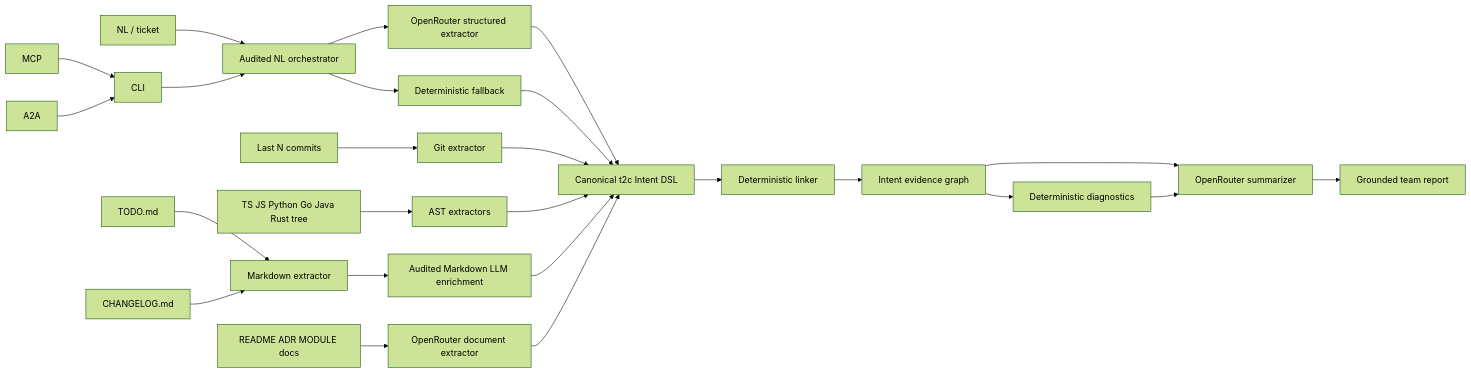
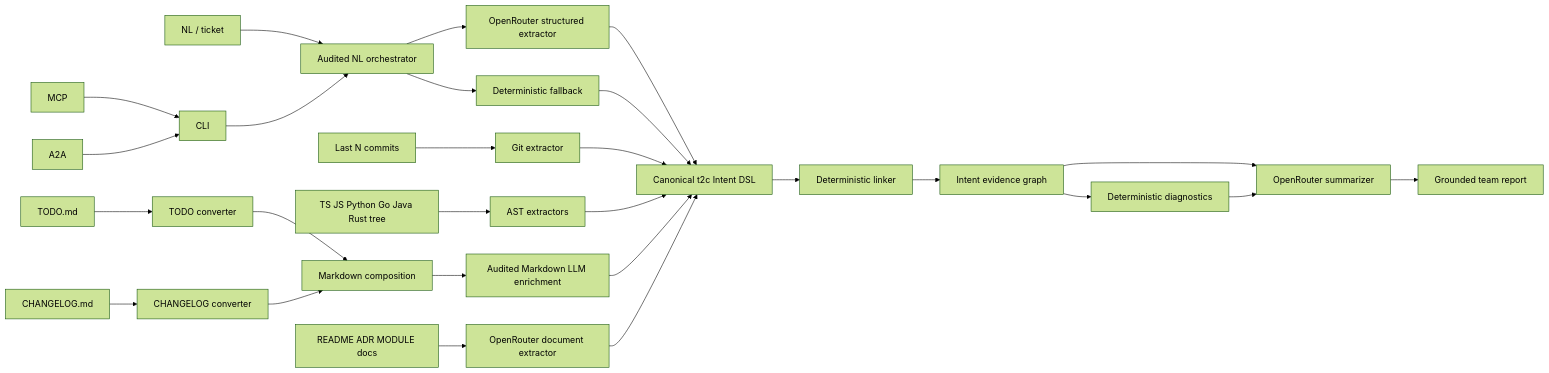
The diagram in docs/ARCHITECTURE.md (autogrammar/todo2code), drawn with Mermaid (forest theme) before and after one commit. The commit also changed other lines of this file and 55 other files, not shown here.

````diff
--- a/docs/ARCHITECTURE.md
+++ b/docs/ARCHITECTURE.md
@@ -5,30 +5,32 @@
 ```mermaid
 flowchart LR
     NL[NL / ticket] --> NLO[Audited NL orchestrator]
     NLO --> NLLM[OpenRouter structured extractor]
     NLO --> NLE[Deterministic fallback]
     GIT[Last N commits] --> GE[Git extractor]
     CODE[TS JS Python Go Java Rust tree] --> AE[AST extractors]
-    TODO[TODO.md] --> ME[Markdown extractor]
-    CHG[CHANGELOG.md] --> ME
+    TODO[TODO.md] --> TE[TODO converter]
+    CHG[CHANGELOG.md] --> CE[CHANGELOG converter]
+    TE --> ME[Markdown composition]
+    CE --> ME
     ME --> MLO[Audited Markdown LLM enrichment]
     DOCS[README ADR MODULE docs] --> ORE[OpenRouter document extractor]
 
     NLLM --> DSL[Canonical t2c Intent DSL]
     NLE --> DSL
     GE --> DSL
     AE --> DSL
     MLO --> DSL
     ORE --> DSL
 
     DSL --> LINK[Deterministic linker]
     LINK --> GRAPH[Intent evidence graph]
     GRAPH --> DIAG[Deterministic diagnostics]
     GRAPH --> SUM[OpenRouter summarizer]
     DIAG --> SUM
     SUM --> REPORT[Grounded team report]
 
     CLI --> NLO
     MCP --> CLI
     A2A --> CLI
 ```
````
